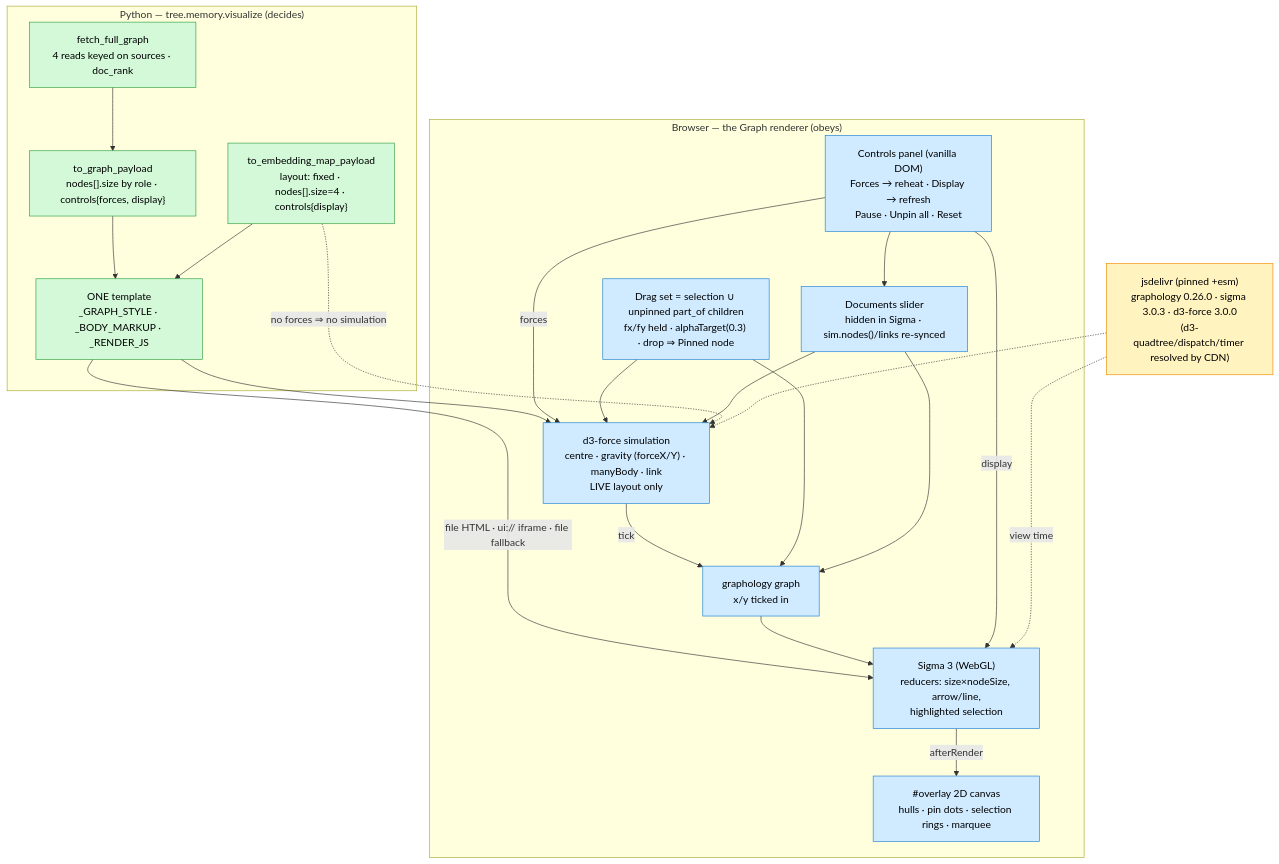
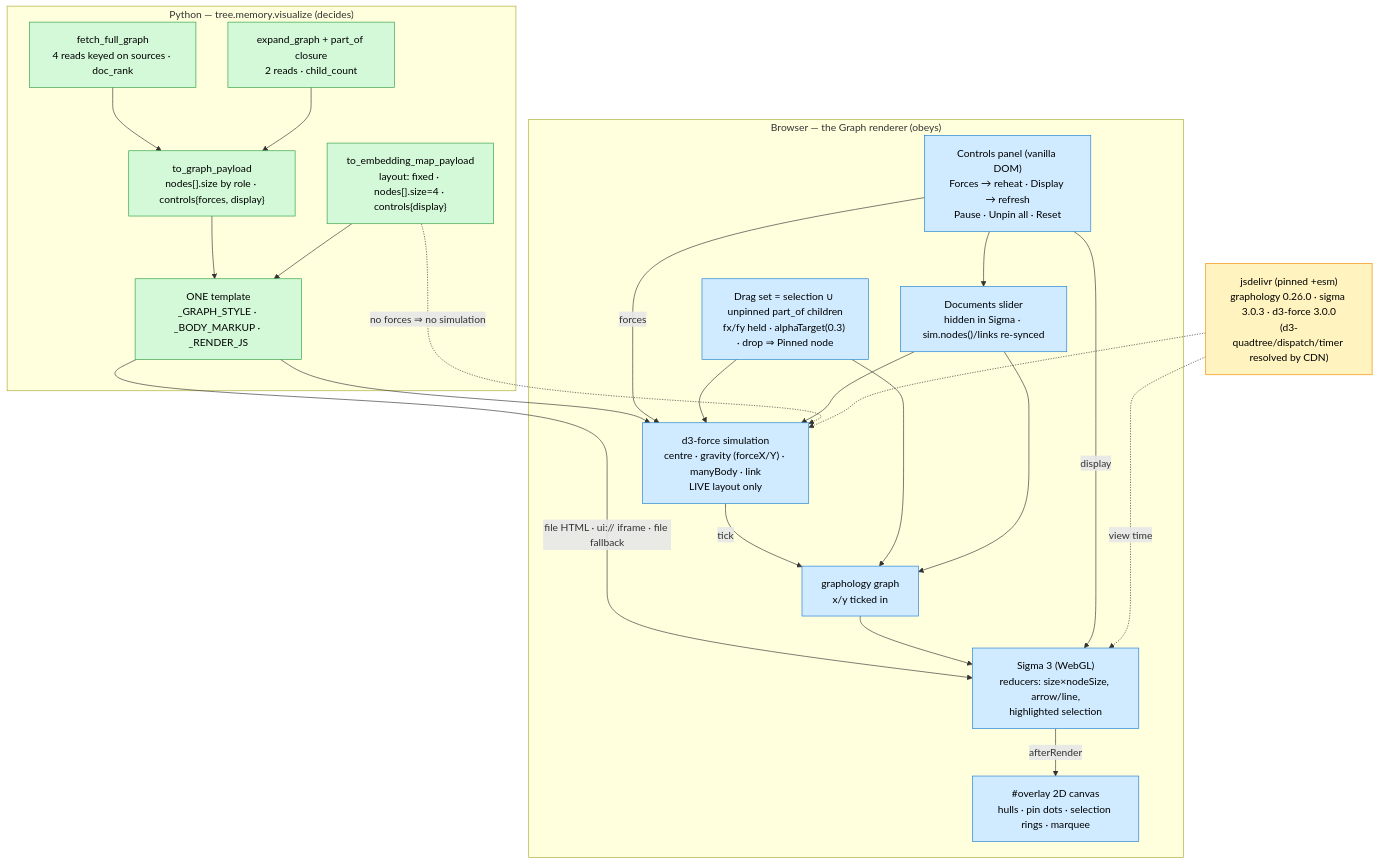
Before and after one commit to iusztinpaul/building-agentic-systems: the diagram in docs/adrs/011_live_force_layout_and_direct_manipulation.md, drawn with Mermaid. The commit also changed other lines of this file and 13 other files, not shown here.

First line of the commit message:
feat: Close the part_of chain in query views and count hidden children

````diff
--- a/docs/adrs/011_live_force_layout_and_direct_manipulation.md
+++ b/docs/adrs/011_live_force_layout_and_direct_manipulation.md
@@ -117,46 +128,47 @@
 ```mermaid
 flowchart TD
     subgraph py["Python — tree.memory.visualize (decides)"]
         GP["to_graph_payload<br/>nodes[].size by role · controls{forces, display}"]
         MP["to_embedding_map_payload<br/>layout: fixed · nodes[].size=4 · controls{display}"]
         TPL["ONE template<br/>_GRAPH_STYLE · _BODY_MARKUP · _RENDER_JS"]
         FG["fetch_full_graph<br/>4 reads keyed on sources · doc_rank"] --> GP
+        EX["expand_graph + part_of closure<br/>2 reads · child_count"] --> GP
     end
 
     subgraph js["Browser — the Graph renderer (obeys)"]
         SIM["d3-force simulation<br/>centre · gravity (forceX/Y) · manyBody · link<br/>LIVE layout only"]
         G["graphology graph<br/>x/y ticked in"]
         SG["Sigma 3 (WebGL)<br/>reducers: size×nodeSize, arrow/line,<br/>highlighted selection"]
         OV["#overlay 2D canvas<br/>hulls · pin dots · selection rings · marquee"]
         PANEL["Controls panel (vanilla DOM)<br/>Forces → reheat · Display → refresh<br/>Pause · Unpin all · Reset"]
         DRAG["Drag set = selection ∪ unpinned part_of children<br/>fx/fy held · alphaTarget(0.3) · drop ⇒ Pinned node"]
         DOCS["Documents slider<br/>hidden in Sigma · sim.nodes()/links re-synced"]
     end
 
     CDN["jsdelivr (pinned +esm)<br/>graphology 0.26.0 · sigma 3.0.3 · d3-force 3.0.0<br/>(d3-quadtree/dispatch/timer resolved by CDN)"]
 
     GP --> TPL
     MP --> TPL
     TPL -->|"file HTML · ui:// iframe · file fallback"| SG
     TPL --> SIM
     SIM -->|tick| G
     G --> SG
     SG -->|afterRender| OV
     PANEL -->|forces| SIM
     PANEL -->|display| SG
     DRAG --> SIM
     DRAG --> G
     PANEL --> DOCS
     DOCS --> SIM
     DOCS --> G
     MP -.->|"no forces ⇒ no simulation"| SIM
     CDN -.->|view time| SG
     CDN -.-> SIM
 
     classDef pyNode fill:#d3f9d8,stroke:#2f9e44,color:#000;
     classDef jsNode fill:#d0ebff,stroke:#1c7ed6,color:#000;
     classDef extNode fill:#fff3bf,stroke:#f08c00,color:#000;
-    class GP,MP,TPL,FG pyNode;
+    class GP,MP,TPL,FG,EX pyNode;
     class SIM,G,SG,OV,PANEL,DRAG,DOCS jsNode;
     class CDN extNode;
 ```
````
